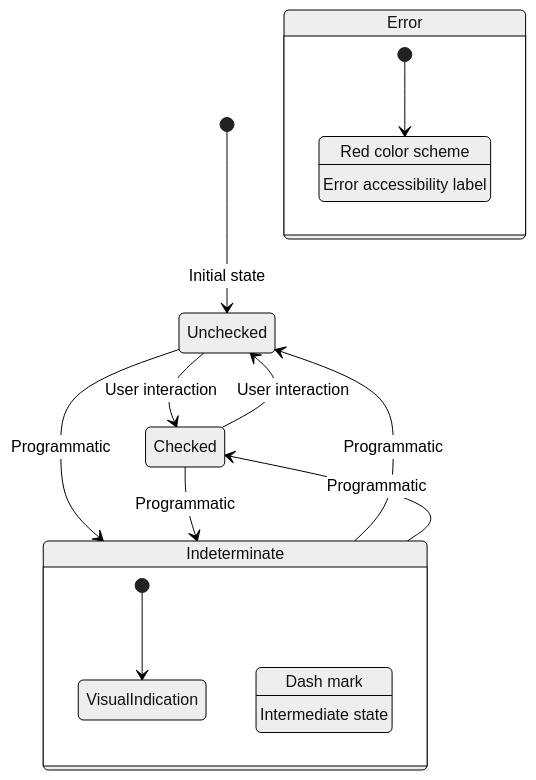
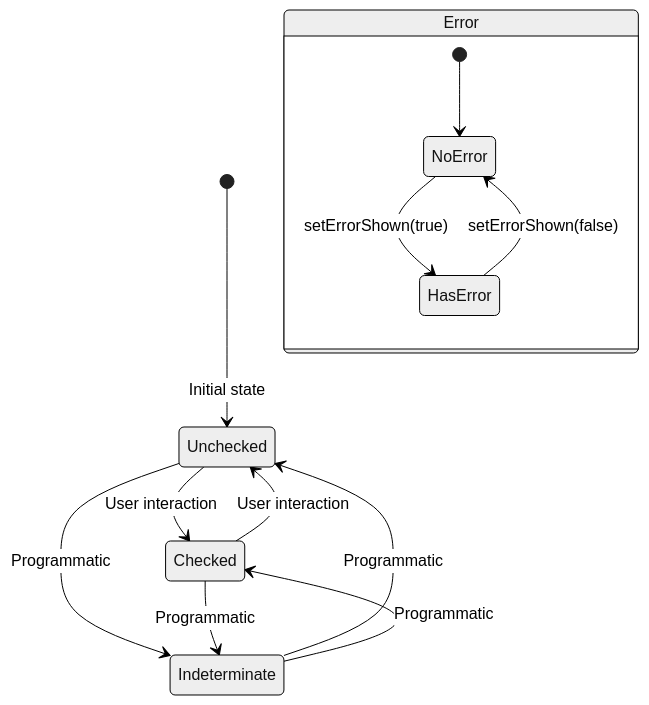
The second of 5 diagrams in docs/material-components--material-components-android-docs/checkbox.md (FSoft-AI4Code/codewiki-demo), drawn with Mermaid (neutral theme) before and after one commit. The commit also changed other lines of this file and 1103 other files, not shown here.

````diff
--- a/docs/material-components--material-components-android-docs/checkbox.md
+++ b/docs/material-components--material-components-android-docs/checkbox.md
@@ -69,22 +61,16 @@
 ```mermaid
 stateDiagram-v2
     [*] --> Unchecked: Initial state
     Unchecked --> Checked: User interaction
     Checked --> Unchecked: User interaction
     Unchecked --> Indeterminate: Programmatic
     Checked --> Indeterminate: Programmatic
     Indeterminate --> Unchecked: Programmatic
     Indeterminate --> Checked: Programmatic
     
-    state Indeterminate {
-        [*] --> VisualIndication
-        VisualIndotation: Dash mark
-        VisualIndotation: Intermediate state
-    }
-    
     state Error {
-        [*] --> VisualError
-        VisualError: Red color scheme
-        VisualError: Error accessibility label
+        [*] --> NoError
+        NoError --> HasError: setErrorShown(true)
+        HasError --> NoError: setErrorShown(false)
     }
 ```
````
